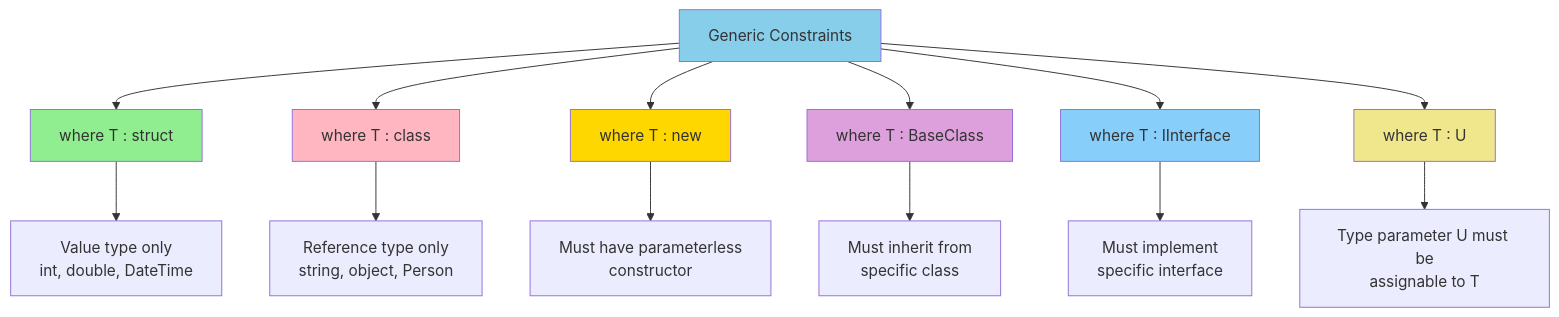
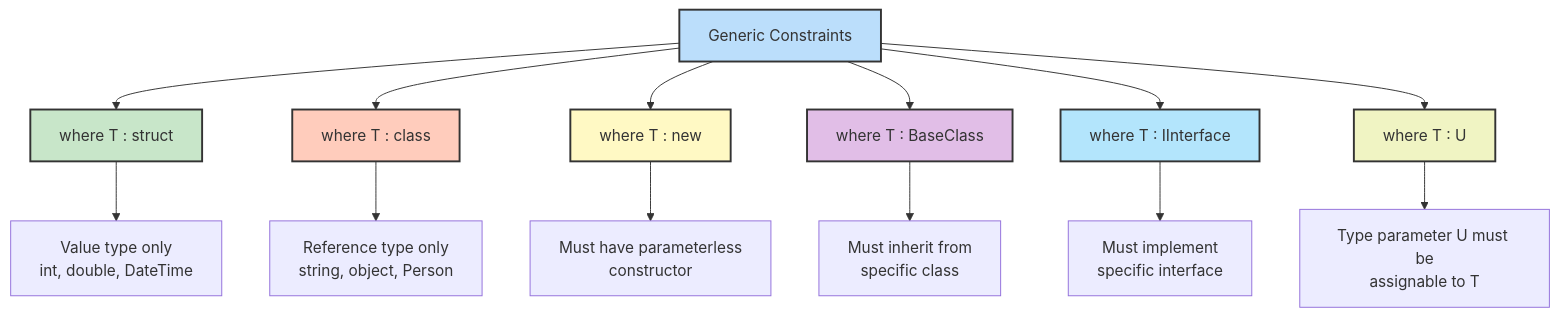
The fourth of 12 diagrams in C# fundamentals/day05-generics.md (NguyenPhamCode4You/ai-home-lab-docker-compose), drawn with Mermaid before and after one commit. The commit also changed other lines of this file and 10 other files, not shown here.

````diff
--- a/C# fundamentals/day05-generics.md
+++ b/C# fundamentals/day05-generics.md
@@ -343,24 +343,24 @@
 ```mermaid
 graph TB
     A[Generic Constraints] --> B[where T : struct]
     A --> C[where T : class]
     A --> D[where T : new]
     A --> E[where T : BaseClass]
     A --> F[where T : IInterface]
     A --> G[where T : U]
 
     B --> B1[Value type only<br/>int, double, DateTime]
     C --> C1[Reference type only<br/>string, object, Person]
     D --> D1[Must have parameterless<br/>constructor]
     E --> E1[Must inherit from<br/>specific class]
     F --> F1[Must implement<br/>specific interface]
     G --> G1[Type parameter U must be<br/>assignable to T]
 
-    style A fill:#87CEEB
-    style B fill:#90EE90
-    style C fill:#FFB6C1
-    style D fill:#FFD700
-    style E fill:#DDA0DD
-    style F fill:#87CEFA
-    style G fill:#F0E68C
+    style A fill:#bbdefb,stroke:#333,stroke-width:2px
+    style B fill:#c8e6c9,stroke:#333,stroke-width:2px
+    style C fill:#ffccbc,stroke:#333,stroke-width:2px
+    style D fill:#fff9c4,stroke:#333,stroke-width:2px
+    style E fill:#e1bee7,stroke:#333,stroke-width:2px
+    style F fill:#b3e5fc,stroke:#333,stroke-width:2px
+    style G fill:#f0f4c3,stroke:#333,stroke-width:2px
 ```
````
